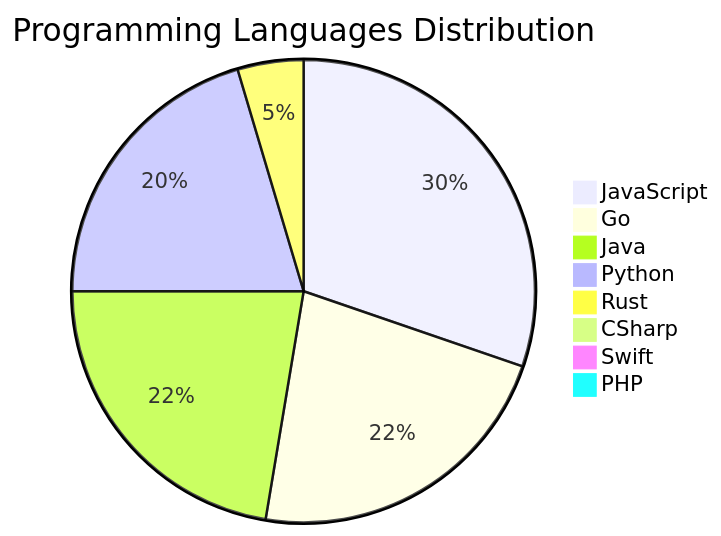
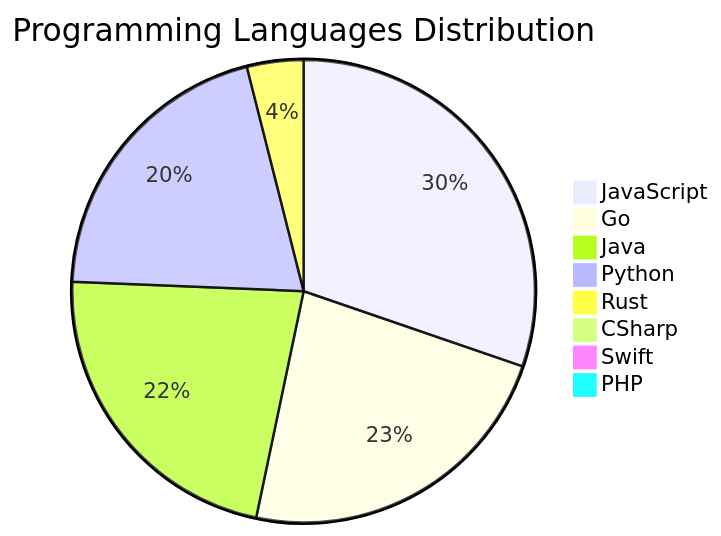
Before and after one commit to Derrick-MUGISHA/github-activity-bot: the diagram in README.md, drawn with Mermaid. The commit also changed other lines of this file and 4 other files, not shown here.

````diff
--- a/README.md
+++ b/README.md
@@ -208,11 +208,11 @@
 ```mermaid
 pie title Programming Languages Distribution
     "JavaScript" : 46
-    "Go" : 34
+    "Go" : 35
     "Java" : 34
     "Python" : 31
-    "Rust" : 7
+    "Rust" : 6
     "CSharp" : 1
     "Swift" : 1
     "PHP" : 1
 ```
````
